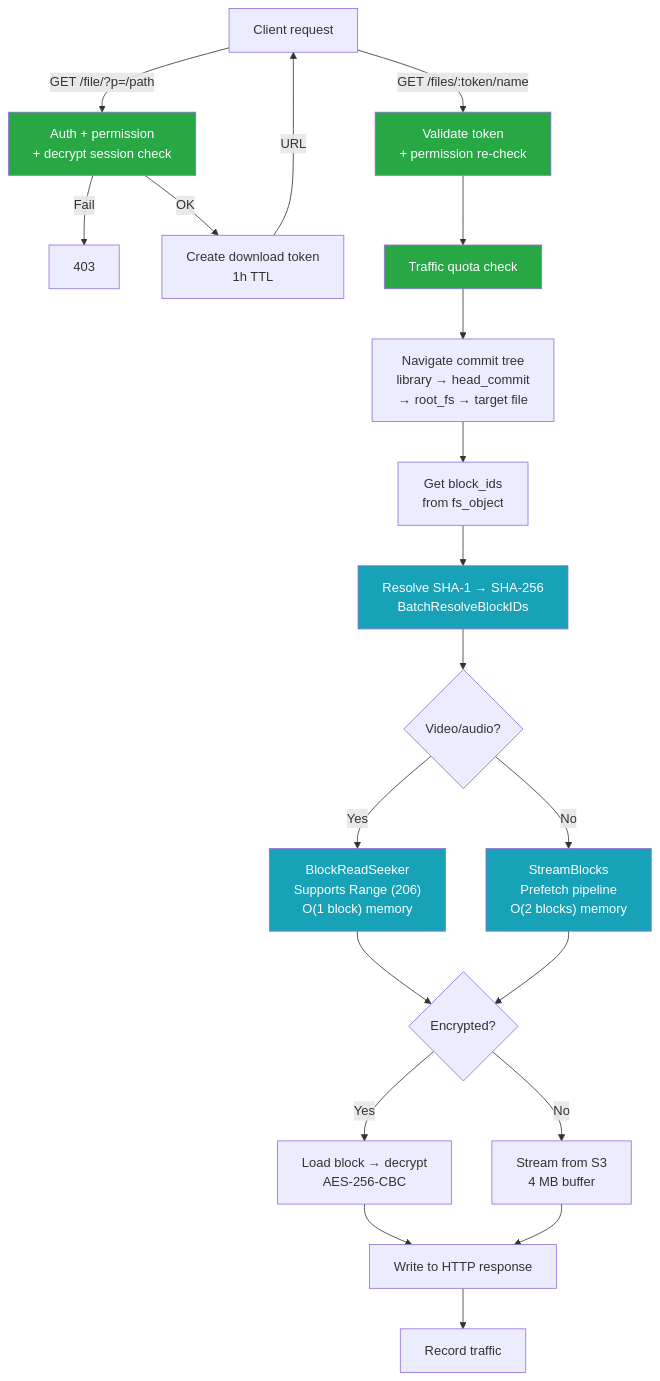
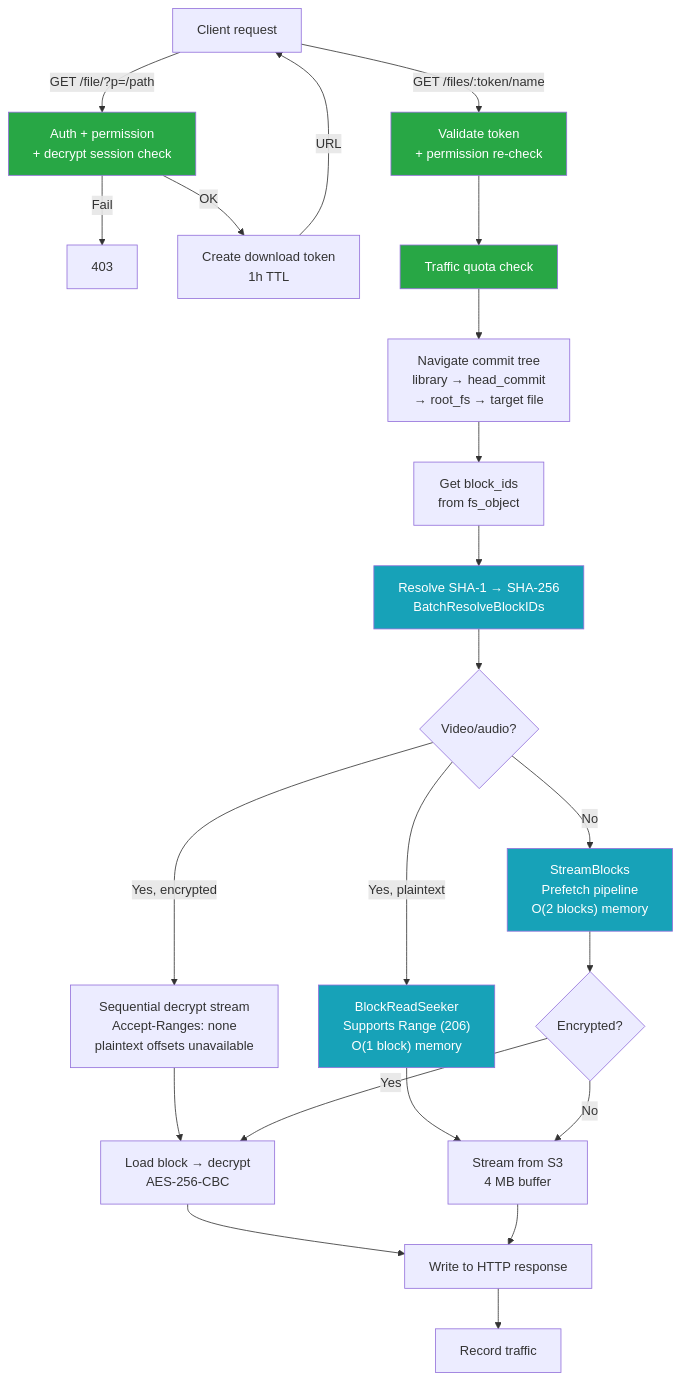
One commit to Sesame-Disk/cool-storage-api changed the second of 5 diagrams in docs/diagrams/upload-download-flow.md. Above: the diagram before and after it, drawn with Mermaid. The commit also changed other lines of this file and 43 other files, not shown here.

````diff
--- a/docs/diagrams/upload-download-flow.md
+++ b/docs/diagrams/upload-download-flow.md
@@ -68,34 +69,36 @@
 ```mermaid
 flowchart TD
     Client["Client request"]
     Client -->|"GET /file/?p=/path"| Auth["Auth + permission<br/>+ decrypt session check"]
     Auth -->|Fail| R403["403"]
     Auth -->|OK| Token["Create download token<br/>1h TTL"]
     Token -->|URL| Client
 
     Client -->|"GET /files/:token/name"| Validate["Validate token<br/>+ permission re-check"]
     Validate --> Quota["Traffic quota check"]
     Quota --> Tree["Navigate commit tree<br/>library → head_commit<br/>→ root_fs → target file"]
     Tree --> Blocks["Get block_ids<br/>from fs_object"]
     Blocks --> Resolve["Resolve SHA-1 → SHA-256<br/>BatchResolveBlockIDs"]
 
     Resolve --> Type{"Video/audio?"}
-    Type -->|Yes| Seeker["BlockReadSeeker<br/>Supports Range (206)<br/>O(1 block) memory"]
+    Type -->|Yes, plaintext| Seeker["BlockReadSeeker<br/>Supports Range (206)<br/>O(1 block) memory"]
+    Type -->|Yes, encrypted| EncStream["Sequential decrypt stream<br/>Accept-Ranges: none<br/>plaintext offsets unavailable"]
     Type -->|No| Stream["StreamBlocks<br/>Prefetch pipeline<br/>O(2 blocks) memory"]
 
-    Seeker --> Enc{"Encrypted?"}
-    Stream --> Enc
+    Seeker --> Direct
+    Stream --> Enc{"Encrypted?"}
+    EncStream --> Decrypt
     Enc -->|Yes| Decrypt["Load block → decrypt<br/>AES-256-CBC"]
     Enc -->|No| Direct["Stream from S3<br/>4 MB buffer"]
 
     Decrypt --> Write["Write to HTTP response"]
     Direct --> Write
     Write --> RecordTraffic["Record traffic"]
 
     style Auth fill:#28a745,color:#fff
     style Validate fill:#28a745,color:#fff
     style Quota fill:#28a745,color:#fff
     style Resolve fill:#17a2b8,color:#fff
     style Seeker fill:#17a2b8,color:#fff
     style Stream fill:#17a2b8,color:#fff
 ```
````
